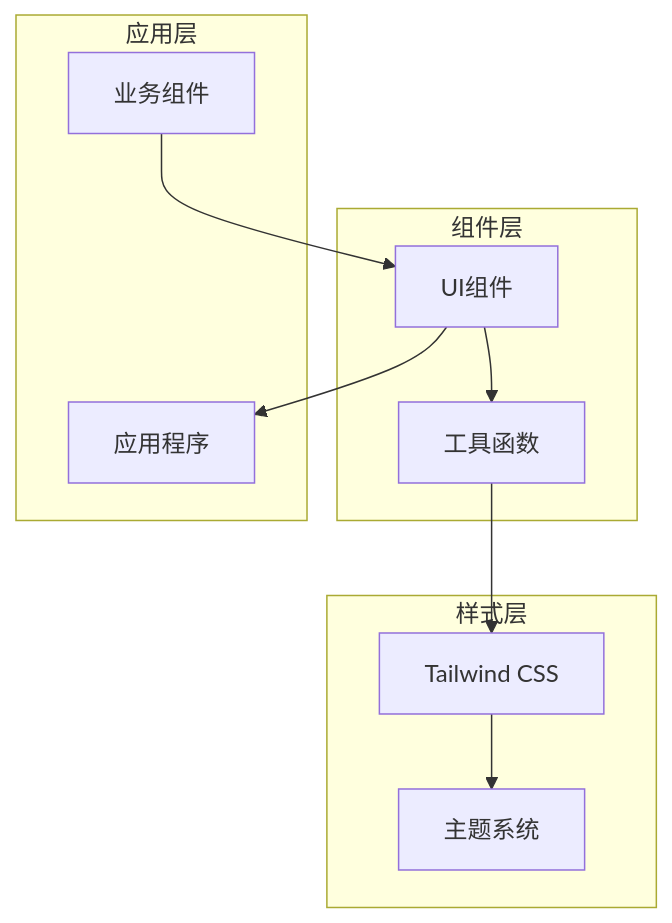
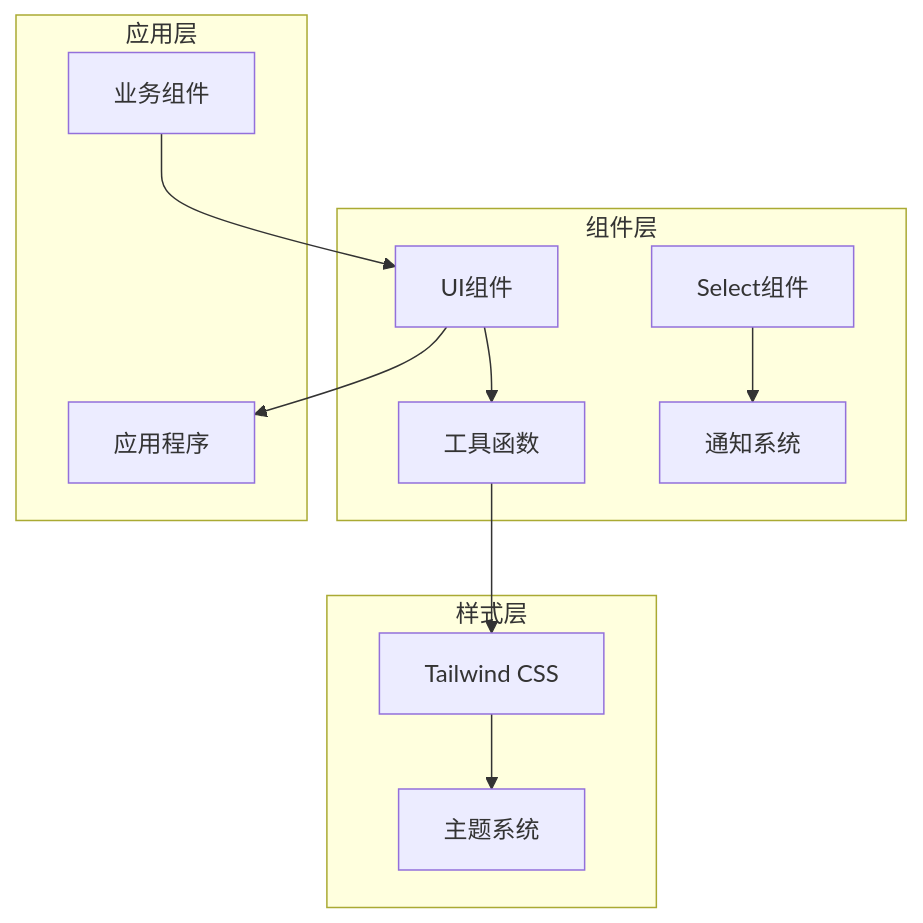
One commit to steveyu2/formula-mapper changed the first of 8 diagrams in .qoder/repowiki/zh/content/组件库/基础UI组件.md. Above: the diagram before and after it, drawn with Mermaid. The commit also changed other lines of this file and 14 other files, not shown here.

````diff
--- a/.qoder/repowiki/zh/content/组件库/基础UI组件.md
+++ b/.qoder/repowiki/zh/content/组件库/基础UI组件.md
@@ -43,20 +52,23 @@
 ```mermaid
 graph TB
 subgraph "组件层"
 UI[UI组件]
 Utils[工具函数]
+Select[Select组件]
+Sonner[通知系统]
 end
 subgraph "样式层"
 Tailwind[Tailwind CSS]
 Theme[主题系统]
 end
 subgraph "应用层"
 App[应用程序]
 Components[业务组件]
 end
 UI --> Utils
 Utils --> Tailwind
 Tailwind --> Theme
 UI --> App
 Components --> UI
+Select --> Sonner
 ```
````
